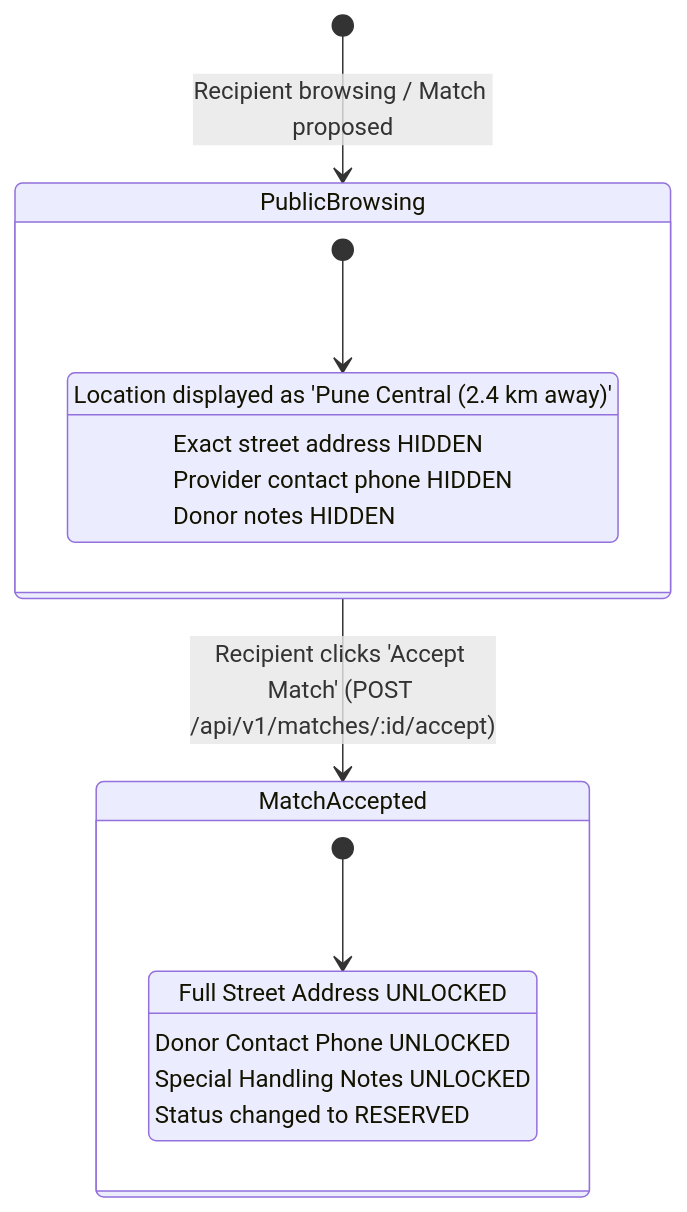
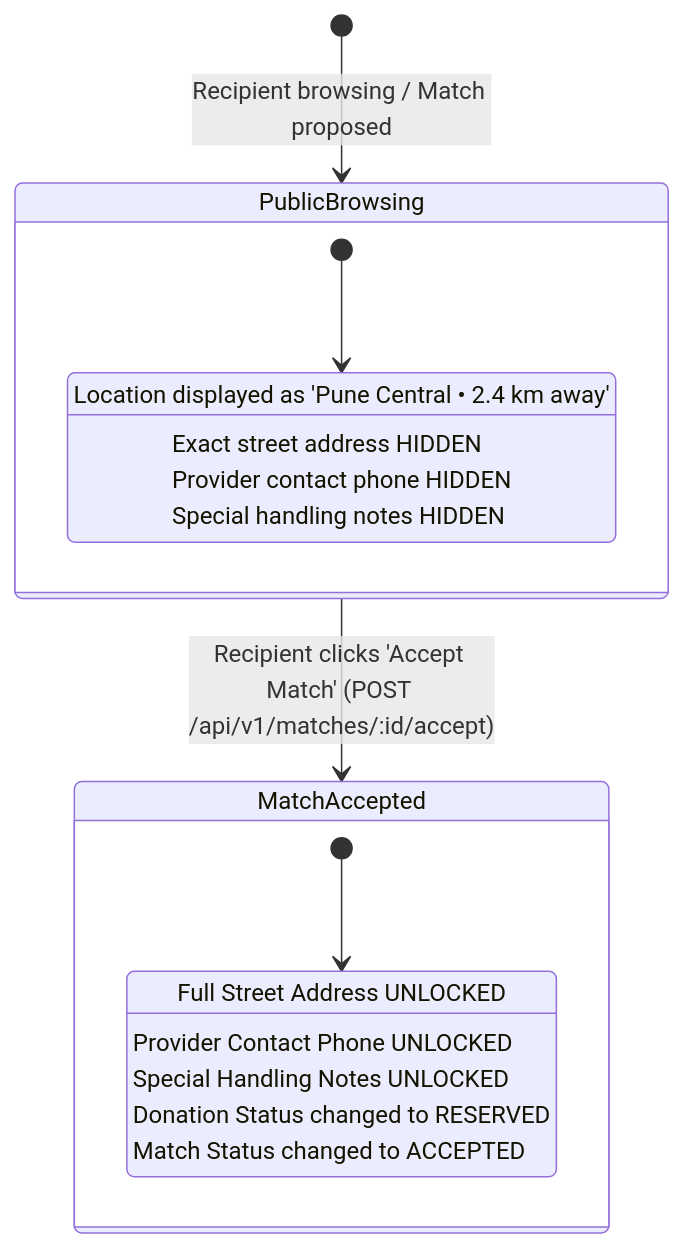
Before and after one commit to KShruti772/FoodSync-AI: the fourth of 4 diagrams in docs/UI_GUIDELINES.md, drawn with Mermaid. The commit also changed other lines of this file and 52 other files, not shown here.

````diff
--- a/docs/UI_GUIDELINES.md
+++ b/docs/UI_GUIDELINES.md
@@ -158,22 +199,23 @@
 ```mermaid
 stateDiagram-v2
     [*] --> PublicBrowsing : Recipient browsing / Match proposed
     
     state PublicBrowsing {
         [*] --> MaskedLocation
-        MaskedLocation : Location displayed as 'Pune Central (2.4 km away)'
+        MaskedLocation : Location displayed as 'Pune Central • 2.4 km away'
         MaskedLocation : Exact street address HIDDEN
         MaskedLocation : Provider contact phone HIDDEN
-        MaskedLocation : Donor notes HIDDEN
+        MaskedLocation : Special handling notes HIDDEN
     }
     
     PublicBrowsing --> MatchAccepted : Recipient clicks 'Accept Match' (POST /api/v1/matches/:id/accept)
     
     state MatchAccepted {
         [*] --> RevealedLocation
         RevealedLocation : Full Street Address UNLOCKED
-        RevealedLocation : Donor Contact Phone UNLOCKED
+        RevealedLocation : Provider Contact Phone UNLOCKED
         RevealedLocation : Special Handling Notes UNLOCKED
-        RevealedLocation : Status changed to RESERVED
+        RevealedLocation : Donation Status changed to RESERVED
+        RevealedLocation : Match Status changed to ACCEPTED
     }
 ```
````
